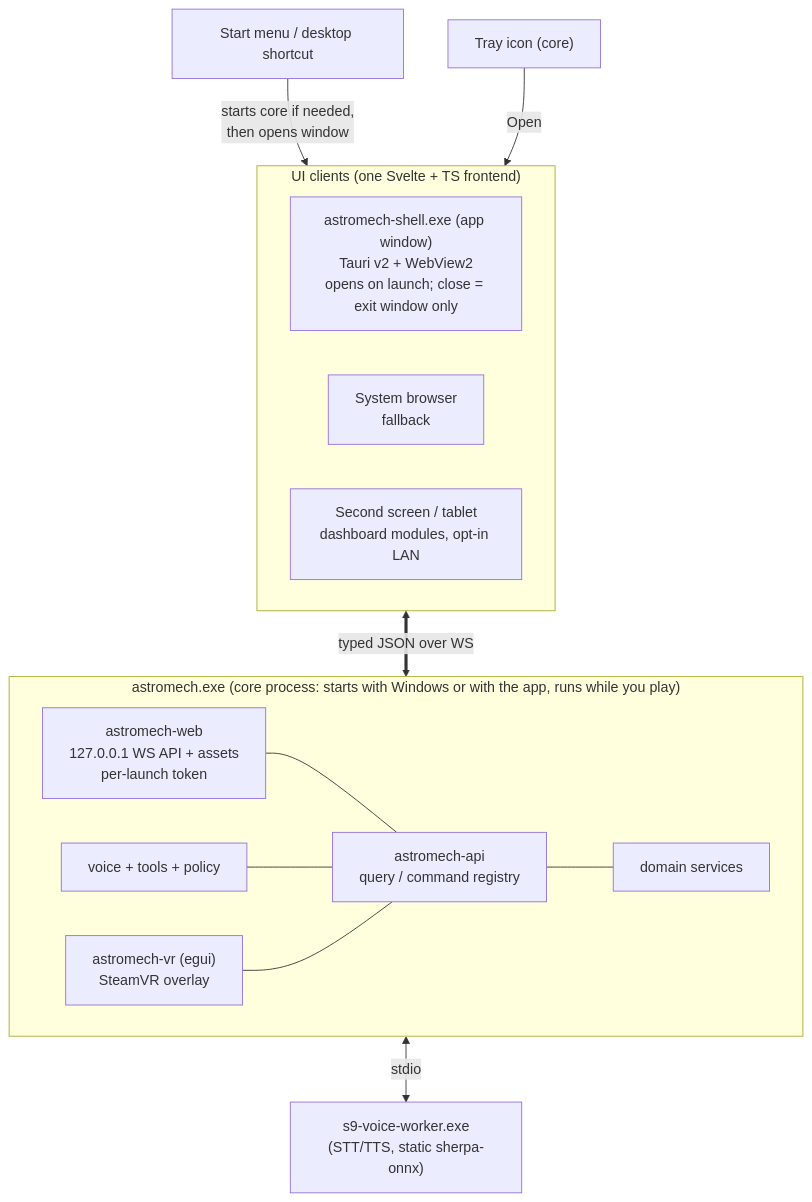
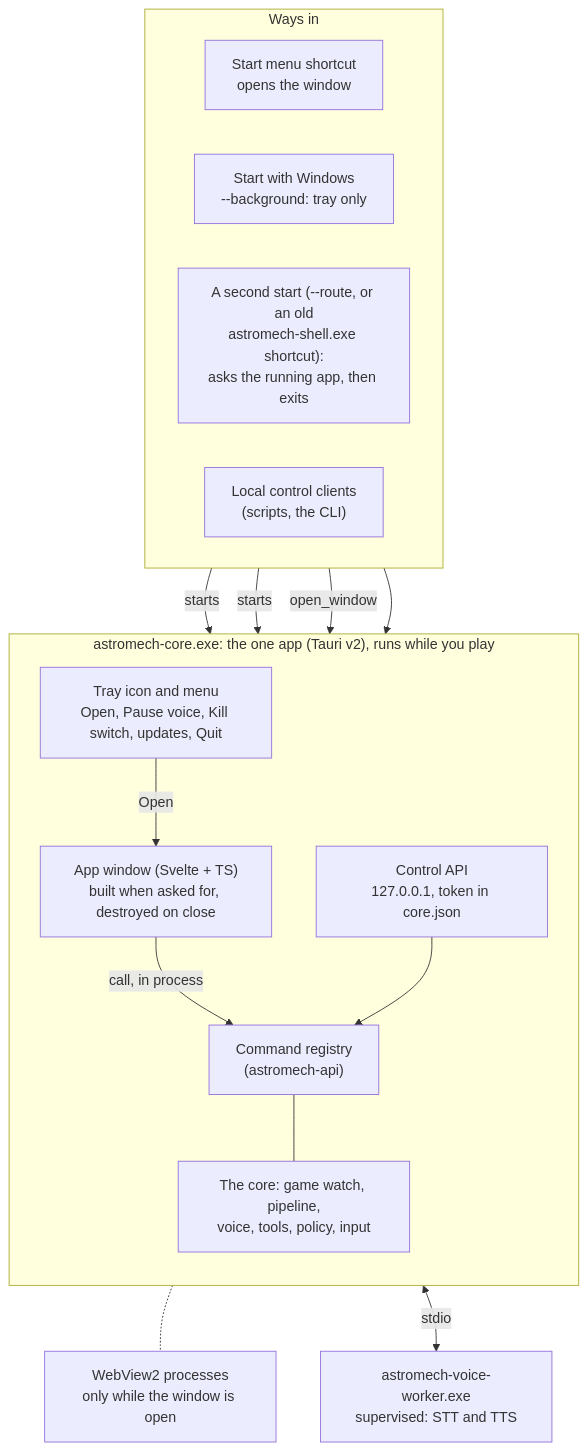
Before and after one commit to brewer-corp/astromech: the diagram in docs/diagrams/08-app-processes.mmd, drawn with Mermaid. The commit also changed 13 other files, not shown here.

First line of the commit message:
xz7i: webview_cost.py measures the one app windowless, open and closed again

```diff
--- a/docs/diagrams/08-app-processes.mmd
+++ b/docs/diagrams/08-app-processes.mmd
@@ -1,26 +1,28 @@
 flowchart TB
-  START["Start menu / desktop shortcut"]
-  TRAY["Tray icon (core)"]
-  subgraph CLIENTS["UI clients (one Svelte + TS frontend)"]
+  subgraph IN["Ways in"]
     direction LR
-    APP["astromech-shell.exe (app window)<br/>Tauri v2 + WebView2<br/>opens on launch; close = exit window only"]
-    BROWSER["System browser<br/>fallback"]
-    TABLET["Second screen / tablet<br/>dashboard modules, opt-in LAN"]
+    START["Start menu shortcut<br/>opens the window"]
+    RUN["Start with Windows<br/>--background: tray only"]
+    SECOND["A second start (--route, or an old<br/>astromech-shell.exe shortcut):<br/>asks the running app, then exits"]
+    CLIENT["Local control clients<br/>(scripts, the CLI)"]
   end
-  subgraph CORE["astromech.exe (core process: starts with Windows or with the app, runs while you play)"]
-    direction LR
-    WEB["astromech-web<br/>127.0.0.1 WS API + assets<br/>per-launch token"]
-    API["astromech-api<br/>query / command registry"]
-    DOM["domain services"]
-    VOICE["voice + tools + policy"]
-    VR["astromech-vr (egui)<br/>SteamVR overlay"]
+  subgraph APPP["astromech-core.exe: the one app (Tauri v2), runs while you play"]
+    direction TB
+    TRAY["Tray icon and menu<br/>Open, Pause voice, Kill switch, updates, Quit"]
+    WIN["App window (Svelte + TS)<br/>built when asked for, destroyed on close"]
+    CTRL["Control API<br/>127.0.0.1, token in core.json"]
+    REG["Command registry<br/>(astromech-api)"]
+    CORE["The core: game watch, pipeline,<br/>voice, tools, policy, input"]
   end
-  WORKER["s9-voice-worker.exe<br/>(STT/TTS, static sherpa-onnx)"]
-  START -->|"starts core if needed,<br/>then opens window"| APP
-  TRAY -->|"Open"| APP
-  CLIENTS <==>|"typed JSON over WS"| WEB
-  WEB --- API
-  API --- DOM
-  VOICE --- API
-  VR --- API
-  VOICE <-->|stdio| WORKER
+  WV["WebView2 processes<br/>only while the window is open"]
+  WORKER["astromech-voice-worker.exe<br/>supervised: STT and TTS"]
+  START -->|"starts"| TRAY
+  RUN -->|"starts"| TRAY
+  SECOND -->|"open_window"| CTRL
+  CLIENT --> CTRL
+  TRAY -->|"Open"| WIN
+  WIN -->|"call, in process"| REG
+  CTRL --> REG
+  REG --- CORE
+  WIN -.- WV
+  CORE <-->|stdio| WORKER
```
